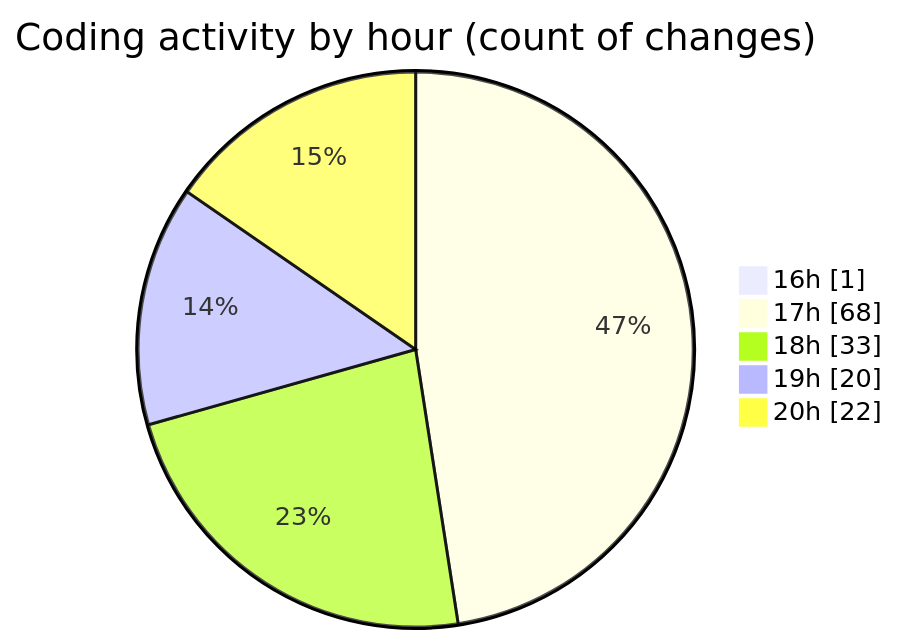
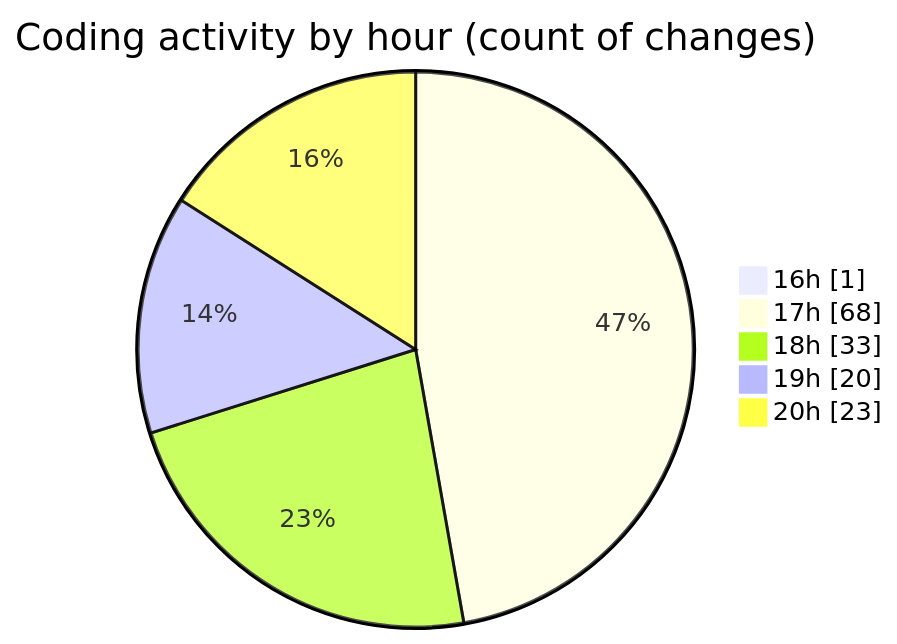
The second of 2 diagrams in 2025-05-27/studio-backend/README.md (idhammustaqopulfikri/code-tracking), drawn with Mermaid before and after one commit. The commit also changed other lines of this file and 1 other file, not shown here.

````diff
--- a/2025-05-27/studio-backend/README.md
+++ b/2025-05-27/studio-backend/README.md
@@ -64,9 +64,9 @@
 ```mermaid
 pie showData
 title Coding activity by hour (count of changes)
 "16h" : 1
 "17h" : 68
 "18h" : 33
 "19h" : 20
-"20h" : 22
+"20h" : 23
 ```
````
